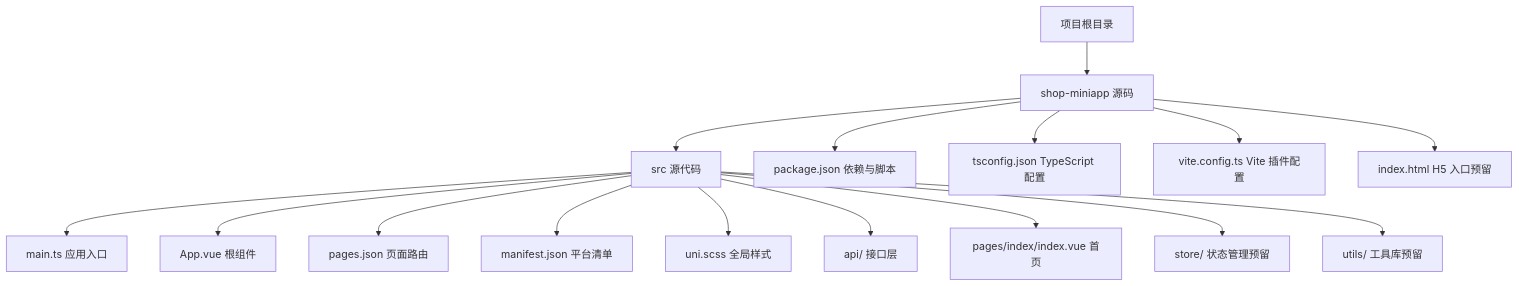
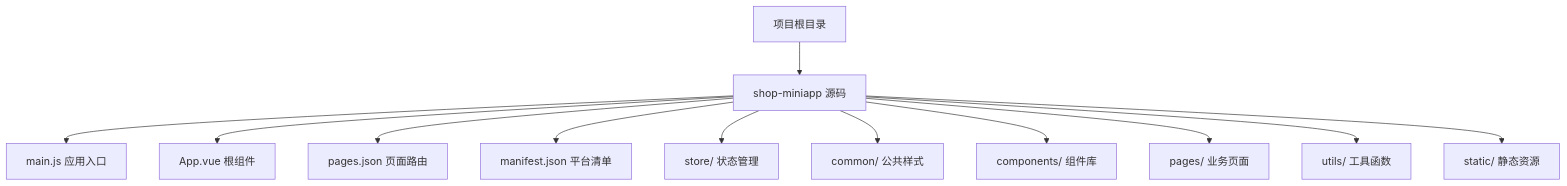
Before and after one commit to QtImM/wechatMiniprogram_Store: the first of 6 diagrams in .qoder/repowiki/zh/content/前端架构设计/小程序整体架构.md, drawn with Mermaid. The commit also changed other lines of this file and 109 other files, not shown here.

````diff
--- a/.qoder/repowiki/zh/content/前端架构设计/小程序整体架构.md
+++ b/.qoder/repowiki/zh/content/前端架构设计/小程序整体架构.md
@@ -35,18 +39,14 @@
 ```mermaid
 graph TB
 A["项目根目录"] --> B["shop-miniapp 源码"]
-B --> C["src 源代码"]
-C --> D["main.ts 应用入口"]
-C --> E["App.vue 根组件"]
-C --> F["pages.json 页面路由"]
-C --> G["manifest.json 平台清单"]
-C --> H["uni.scss 全局样式"]
-C --> I["api/ 接口层"]
-C --> J["pages/index/index.vue 首页"]
-C --> K["store/ 状态管理预留"]
-C --> L["utils/ 工具库预留"]
-B --> M["package.json 依赖与脚本"]
-B --> N["tsconfig.json TypeScript 配置"]
-B --> O["vite.config.ts Vite 插件配置"]
-B --> P["index.html H5 入口预留"]
+B --> C["main.js 应用入口"]
+B --> D["App.vue 根组件"]
+B --> E["pages.json 页面路由"]
+B --> F["manifest.json 平台清单"]
+B --> G["store/ 状态管理"]
+B --> H["common/ 公共样式"]
+B --> I["components/ 组件库"]
+B --> J["pages/ 业务页面"]
+B --> K["utils/ 工具函数"]
+B --> L["static/ 静态资源"]
 ```
````
